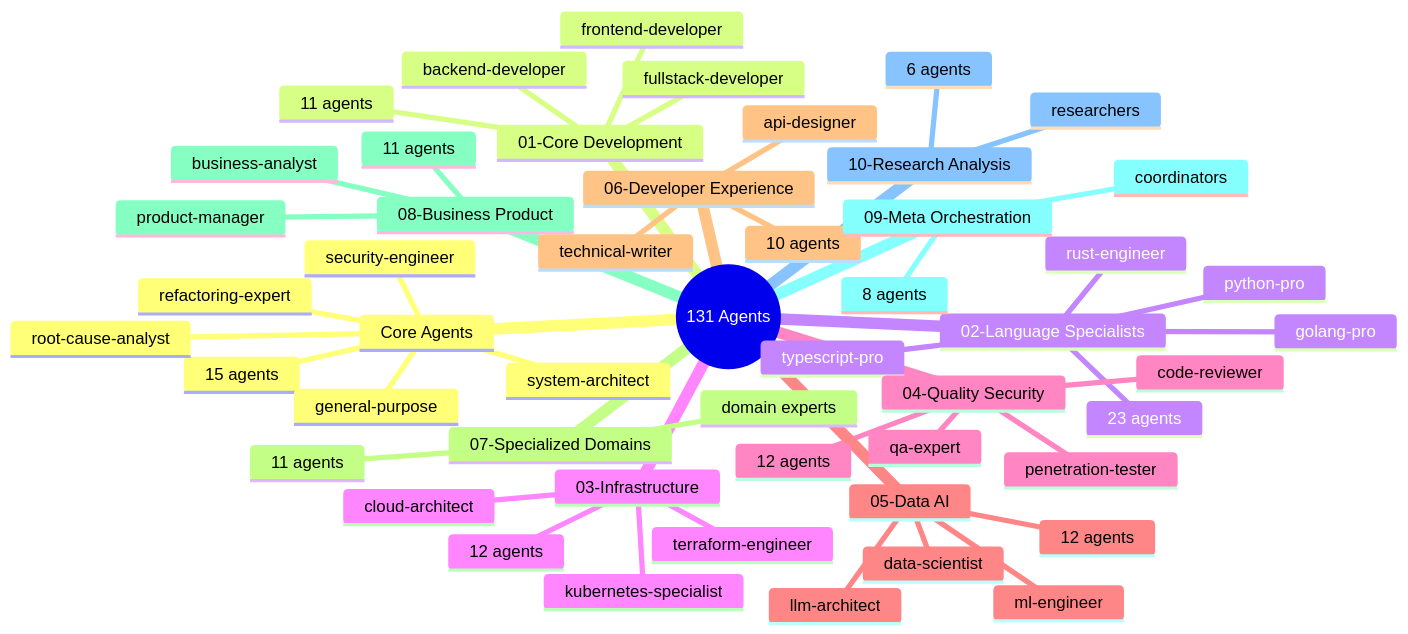
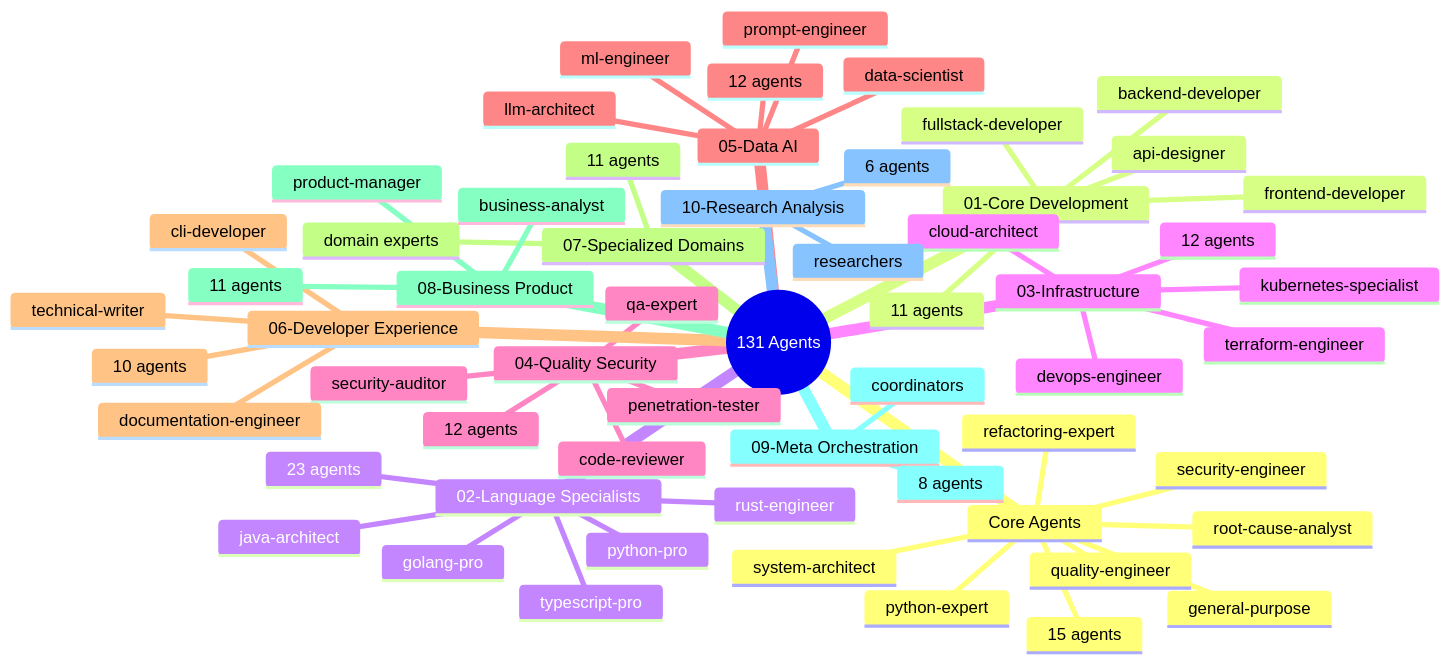
The sixth of 15 diagrams in README.md (Tony363/SuperClaude), drawn with Mermaid before and after one commit. The commit also changed other lines of this file, not shown here.

````diff
--- a/README.md
+++ b/README.md
@@ -312,54 +337,62 @@
 ```mermaid
 mindmap
   root((131 Agents))
     Core Agents
       15 agents
       general-purpose
       root-cause-analyst
       refactoring-expert
       security-engineer
       system-architect
+      quality-engineer
+      python-expert
     01-Core Development
       11 agents
       fullstack-developer
       frontend-developer
       backend-developer
+      api-designer
     02-Language Specialists
       23 agents
       python-pro
       typescript-pro
       rust-engineer
       golang-pro
+      java-architect
     03-Infrastructure
       12 agents
       cloud-architect
       kubernetes-specialist
       terraform-engineer
+      devops-engineer
     04-Quality Security
       12 agents
       code-reviewer
       penetration-tester
       qa-expert
+      security-auditor
     05-Data AI
       12 agents
       ml-engineer
       data-scientist
       llm-architect
+      prompt-engineer
     06-Developer Experience
       10 agents
       technical-writer
-      api-designer
+      cli-developer
+      documentation-engineer
     07-Specialized Domains
       11 agents
       domain experts
     08-Business Product
       11 agents
       product-manager
       business-analyst
     09-Meta Orchestration
       8 agents
       coordinators
     10-Research Analysis
       6 agents
       researchers
 ```
````
